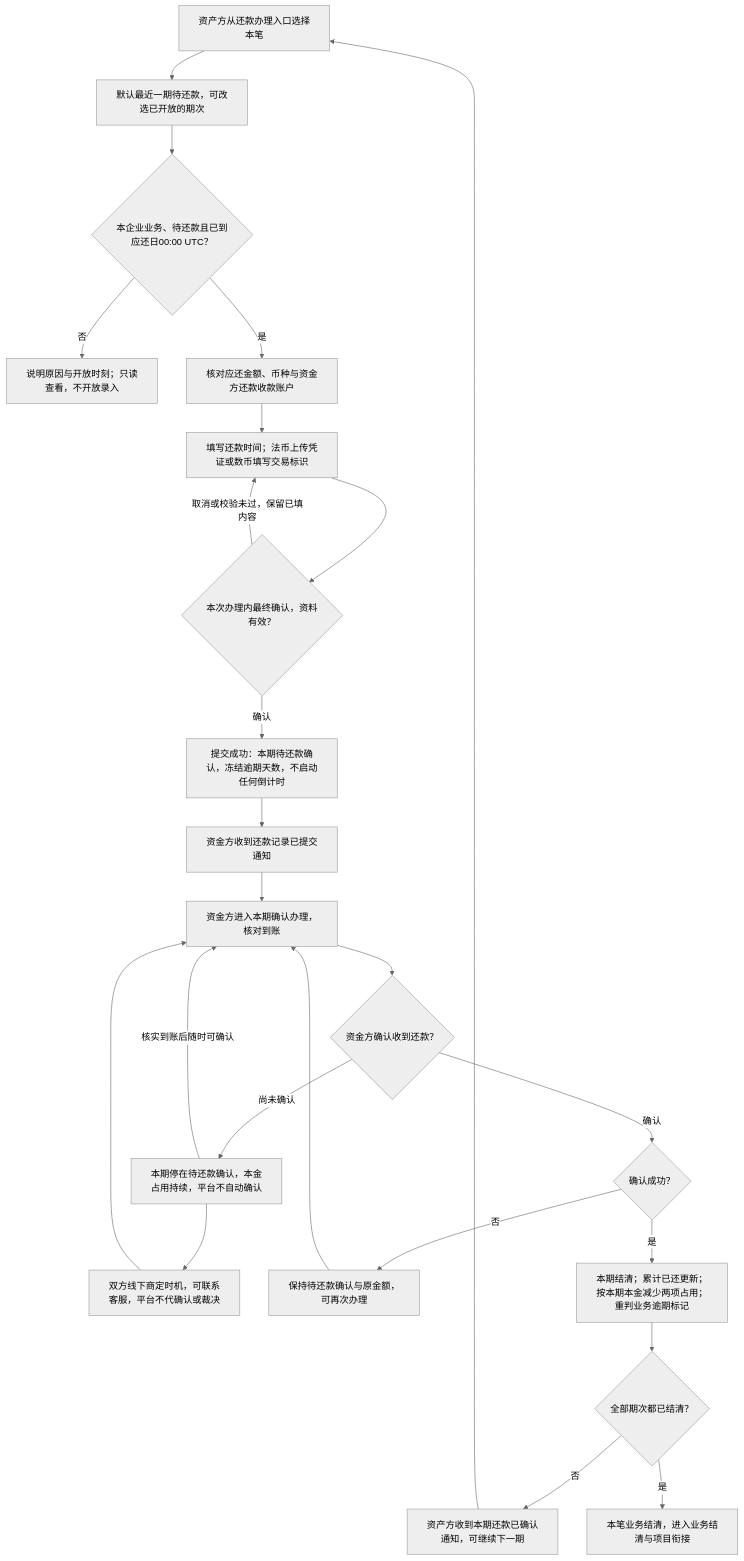
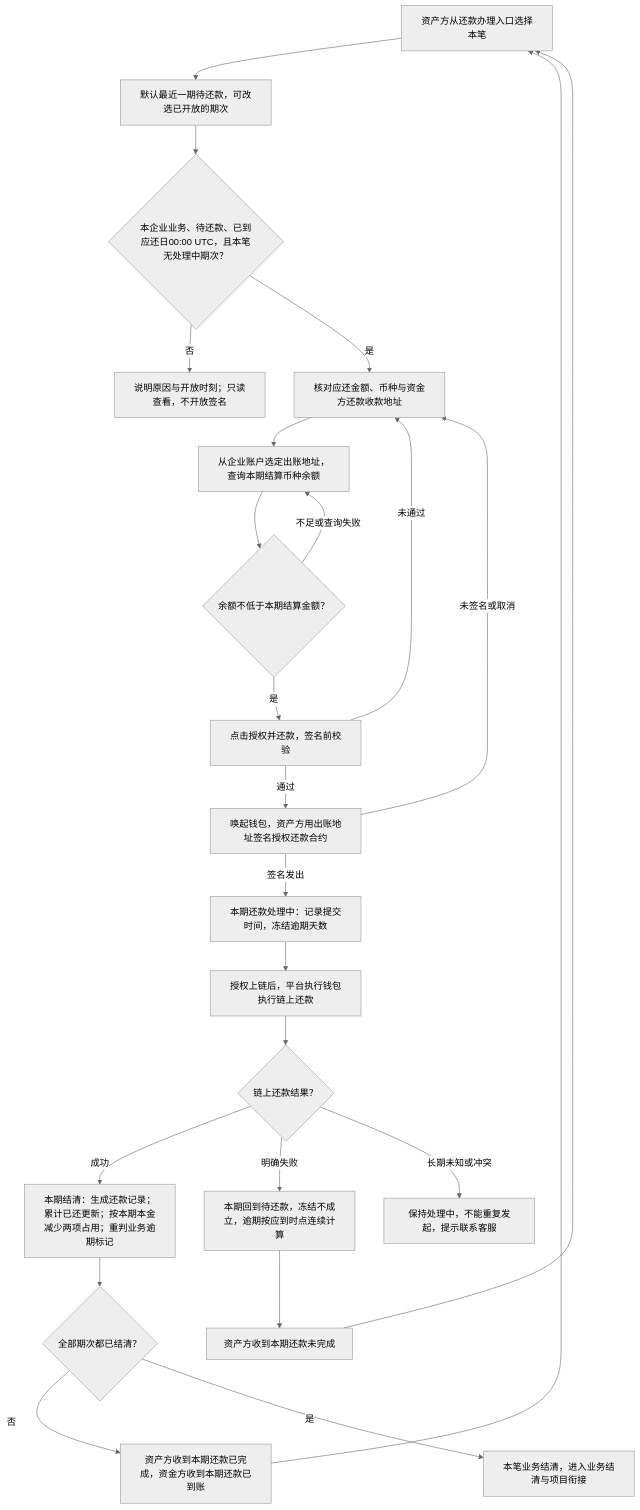
Before and after one commit to wxblockchain/Chain-Financing: the second of 5 diagrams in lending-platform/PRD/面客端/08-借贷广场-还款计划与还款确认/02-还款计划与还款确认-流程图与状态机.md, drawn with Mermaid (neutral theme). The commit also changed other lines of this file and 6 other files, not shown here.

````diff
--- a/lending-platform/PRD/面客端/08-借贷广场-还款计划与还款确认/02-还款计划与还款确认-流程图与状态机.md
+++ b/lending-platform/PRD/面客端/08-借贷广场-还款计划与还款确认/02-还款计划与还款确认-流程图与状态机.md
@@ -48,26 +49,26 @@
 ```mermaid
 flowchart TD
   A[资产方从还款办理入口选择本笔] --> B[默认最近一期待还款，可改选已开放的期次]
-  B --> C{本企业业务、待还款且已到应还日00:00 UTC？}
-  C -->|否| D[说明原因与开放时刻；只读查看，不开放录入]
-  C -->|是| E[核对应还金额、币种与资金方还款收款账户]
-  E --> F[填写还款时间；法币上传凭证或数币填写交易标识]
-  F --> G{本次办理内最终确认，资料有效？}
-  G -->|取消或校验未过，保留已填内容| F
-  G -->|确认| H[提交成功：本期待还款确认，冻结逾期天数，不启动任何倒计时]
-  H --> T[资金方收到还款记录已提交通知]
-  T --> I[资金方进入本期确认办理，核对到账]
-  I --> J{资金方确认收到还款？}
-  J -->|尚未确认| L[本期停在待还款确认，本金占用持续，平台不自动确认]
-  L --> M[双方线下商定时机，可联系客服，平台不代确认或裁决]
-  M --> I
-  L -->|核实到账后随时可确认| I
-  J -->|确认| K{确认成功？}
-  K -->|否| O[保持待还款确认与原金额，可再次办理]
-  O --> I
-  K -->|是| P[本期结清；累计已还更新；按本期本金减少两项占用；重判业务逾期标记]
-  P --> Q{全部期次都已结清？}
-  Q -->|否| R[资产方收到本期还款已确认通知，可继续下一期]
+  B --> C{本企业业务、待还款、已到应还日00:00 UTC，且本笔无处理中期次？}
+  C -->|否| D[说明原因与开放时刻；只读查看，不开放签名]
+  C -->|是| E[核对应还金额、币种与资金方还款收款地址]
+  E --> F[从企业账户选定出账地址，查询本期结算币种余额]
+  F --> G{余额不低于本期结算金额？}
+  G -->|不足或查询失败| F
+  G -->|是| H[点击授权并还款，签名前校验]
+  H -->|未通过| E
+  H -->|通过| I[唤起钱包，资产方用出账地址签名授权还款合约]
+  I -->|未签名或取消| E
+  I -->|签名发出| J[本期还款处理中：记录提交时间，冻结逾期天数]
+  J --> K[授权上链后，平台执行钱包执行链上还款]
+  K --> L{链上还款结果？}
+  L -->|成功| M[本期结清：生成还款记录；累计已还更新；按本期本金减少两项占用；重判业务逾期标记]
+  L -->|明确失败| N[本期回到待还款，冻结不成立，逾期按应到时点连续计算]
+  N --> O[资产方收到本期还款未完成]
+  O --> A
+  L -->|长期未知或冲突| P[保持处理中，不能重复发起，提示联系客服]
+  M --> Q{全部期次都已结清？}
+  Q -->|否| R[资产方收到本期还款已完成，资金方收到本期还款已到账]
   R --> A
   Q -->|是| S[本笔业务结清，进入业务结清与项目衔接]
 ```
````
